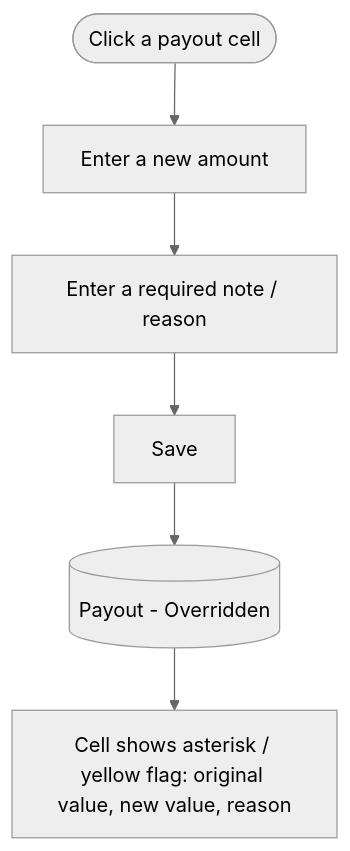
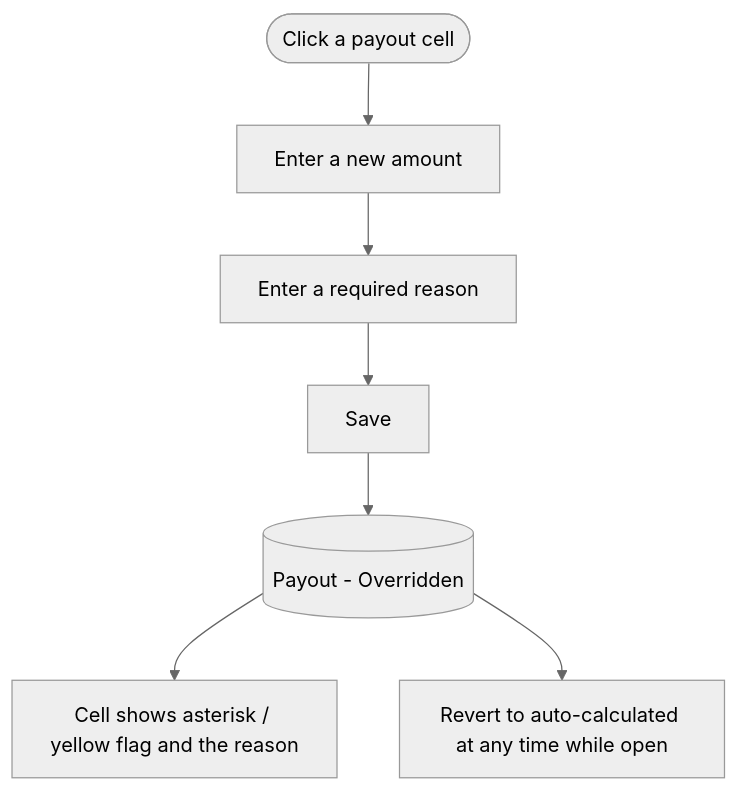
Before and after one commit to uwblueprint/beach-metro: the seventh of 10 diagrams in docs/finances_flow_v1.md, drawn with Mermaid (neutral theme). The commit also changed other lines of this file, not shown here.

````diff
--- a/docs/finances_flow_v1.md
+++ b/docs/finances_flow_v1.md
@@ -118,8 +138,9 @@
 ```mermaid
 flowchart TD
     Start([Click a payout cell]) --> Enter[Enter a new amount]
-    Enter --> Note[Enter a required note / reason]
+    Enter --> Note[Enter a required reason]
     Note --> Save[Save]
     Save --> Flagged[(Payout - Overridden)]
-    Flagged --> Show[Cell shows asterisk / yellow flag: original value, new value, reason]
+    Flagged --> Show[Cell shows asterisk / yellow flag and the reason]
+    Flagged --> Revert[Revert to auto-calculated at any time while open]
 ```
````
